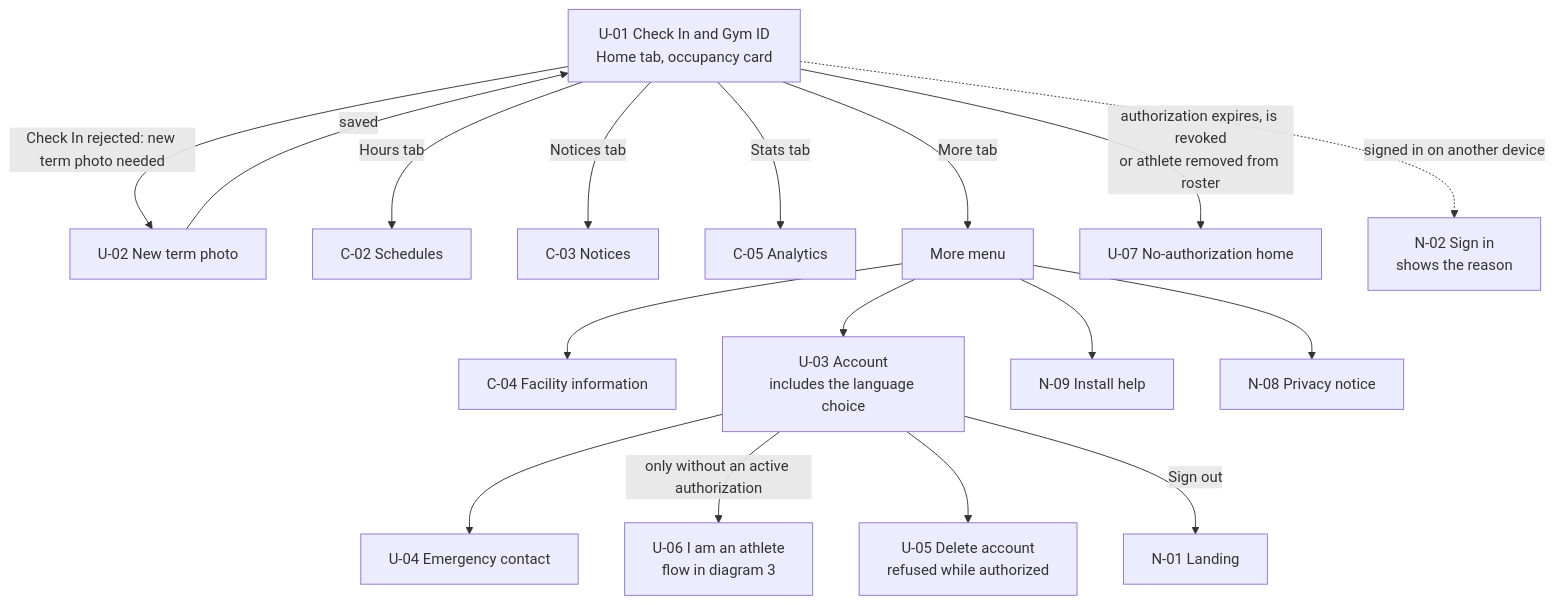
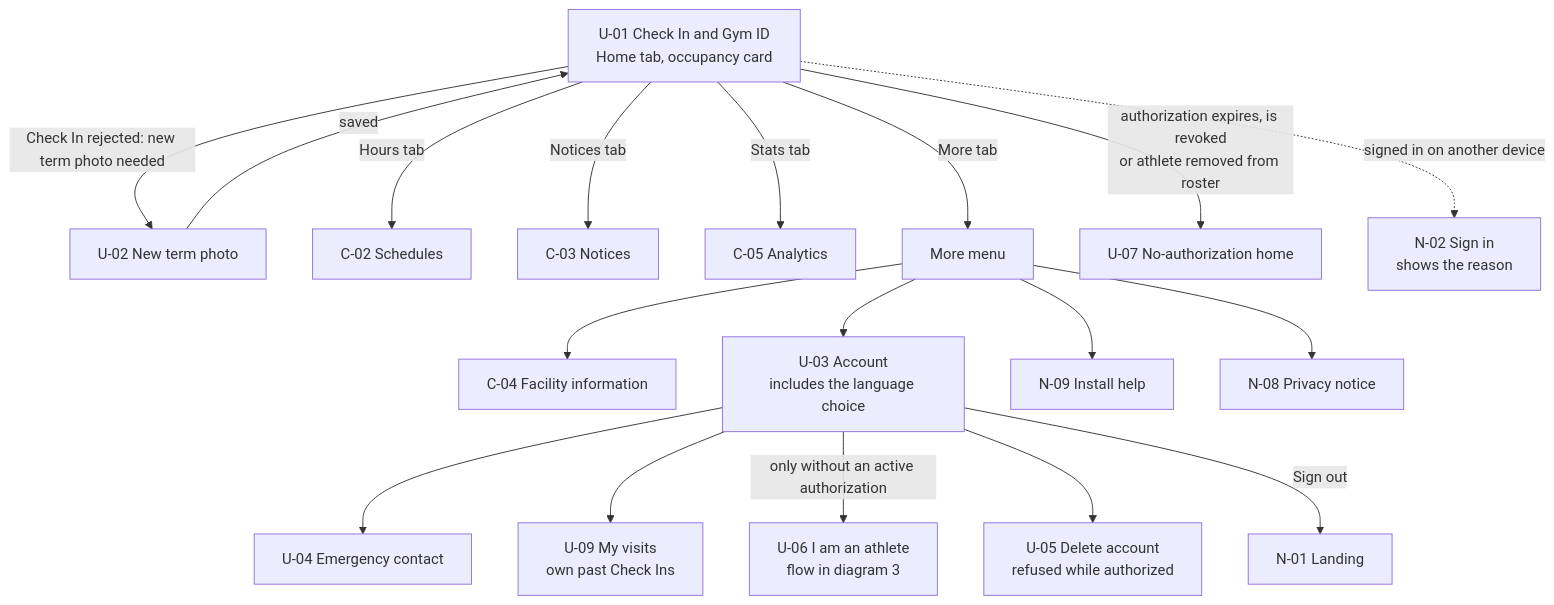
Before and after one commit to Th3-Minorities/natatorio-gym-app: the second of 7 diagrams in docs/design/screen-map.md, drawn with Mermaid. The commit also changed other lines of this file and 7 other files, not shown here.

````diff
--- a/docs/design/screen-map.md
+++ b/docs/design/screen-map.md
@@ -59,20 +59,21 @@
 ```mermaid
 flowchart TD
   U01["U-01 Check In and Gym ID<br/>Home tab, occupancy card"]
   U01 -->|"Check In rejected: new term photo needed"| U02["U-02 New term photo"]
   U02 -->|"saved"| U01
   U01 -->|"Hours tab"| C02["C-02 Schedules"]
   U01 -->|"Notices tab"| C03["C-03 Notices"]
   U01 -->|"Stats tab"| C05["C-05 Analytics"]
   U01 -->|"More tab"| MORE["More menu"]
   MORE --> C04["C-04 Facility information"]
   MORE --> U03["U-03 Account<br/>includes the language choice"]
   MORE --> N09["N-09 Install help"]
   MORE --> N08["N-08 Privacy notice"]
   U03 --> U04["U-04 Emergency contact"]
+  U03 --> U09["U-09 My visits<br/>own past Check Ins"]
   U03 -->|"only without an active authorization"| U06["U-06 I am an athlete<br/>flow in diagram 3"]
   U03 --> U05["U-05 Delete account<br/>refused while authorized"]
   U03 -->|"Sign out"| N01["N-01 Landing"]
   U01 -->|"authorization expires, is revoked<br/>or athlete removed from roster"| U07["U-07 No-authorization home"]
   U01 -.->|"signed in on another device"| N02["N-02 Sign in<br/>shows the reason"]
 ```
````
